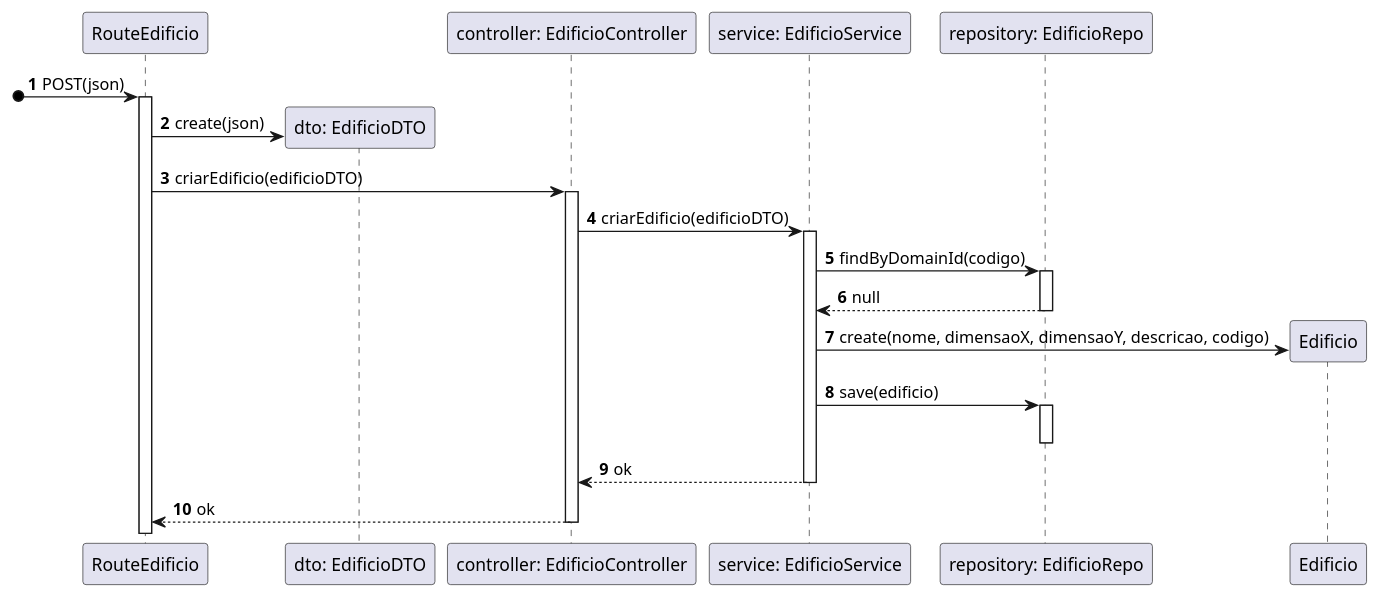
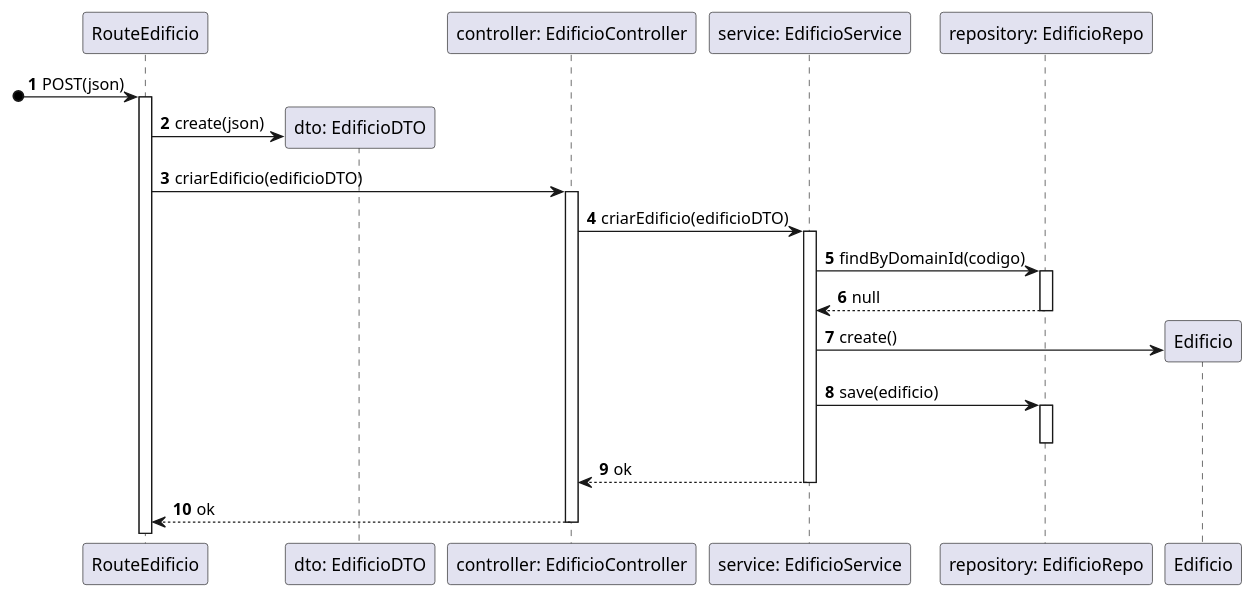
One commit to SEM5PI2324G58/sem5pi_g58_23_24 changed the diagram in docs/Sprint_A/US_150/N3/VP.plantuml. Above: the diagram before and after it, drawn with PlantUML. The commit also changed 9 other files, not shown here.

```diff
--- a/docs/Sprint_A/US_150/N3/VP.plantuml
+++ b/docs/Sprint_A/US_150/N3/VP.plantuml
@@ -1,25 +1,25 @@
 autonumber
 
 participant RouteEdificio as route
 participant "dto: EdificioDTO" as dto
 participant "controller: EdificioController" as ctrl
 participant "service: EdificioService" as service
 participant "repository: EdificioRepo" as edRepo
 participant "Edificio" as ed
 
 [o-> route: POST(json)
 activate route
 route -> dto ** : create(json)
 route -> ctrl: criarEdificio(edificioDTO)
 activate ctrl
 ctrl -> service: criarEdificio(edificioDTO) 
 activate service
 service -> edRepo: findByDomainId(codigo)
 activate edRepo
 return null
-service -> ed** : create(nome, dimensaoX, dimensaoY, descricao, codigo)
+service -> ed** : create()
 service -> edRepo: save(edificio)
 activate edRepo
 deactivate edRepo
 return ok
 return ok
```
